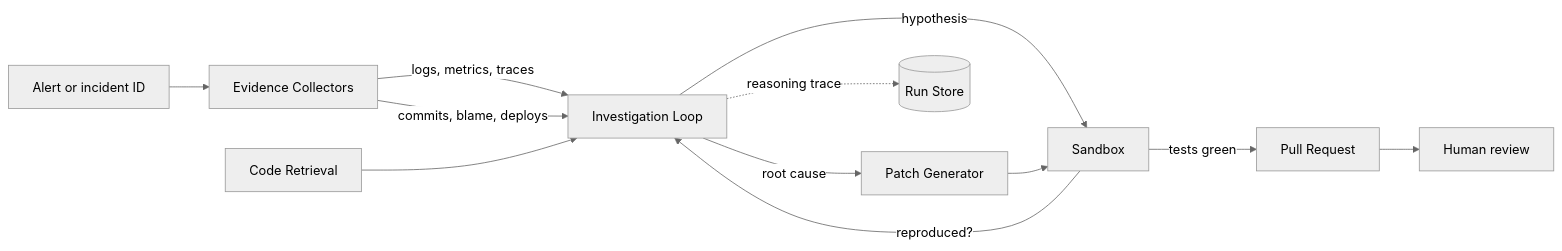
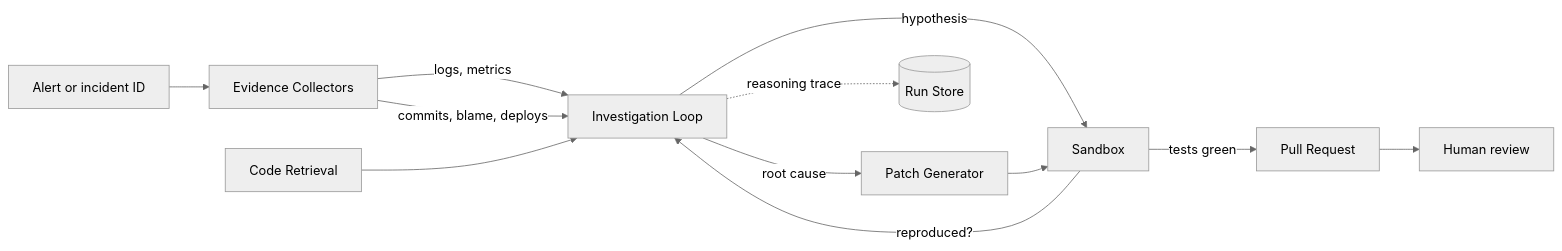
The diagram in README.md (Amirjon06/sev0), drawn with Mermaid (neutral theme) before and after one commit. The commit also changed other lines of this file, not shown here.

````diff
--- a/README.md
+++ b/README.md
@@ -85,14 +86,14 @@
 ```mermaid
 flowchart LR
     A[Alert or incident ID] --> B[Evidence Collectors]
-    B -->|logs, metrics, traces| C[Investigation Loop]
+    B -->|logs, metrics| C[Investigation Loop]
     B -->|commits, blame, deploys| C
     D[Code Retrieval] --> C
     C -->|hypothesis| E[Sandbox]
     E -->|reproduced?| C
     C -->|root cause| F[Patch Generator]
     F --> E
     E -->|tests green| G[Pull Request]
     C -.reasoning trace.-> H[(Run Store)]
     G --> I[Human review]
 ```
````
